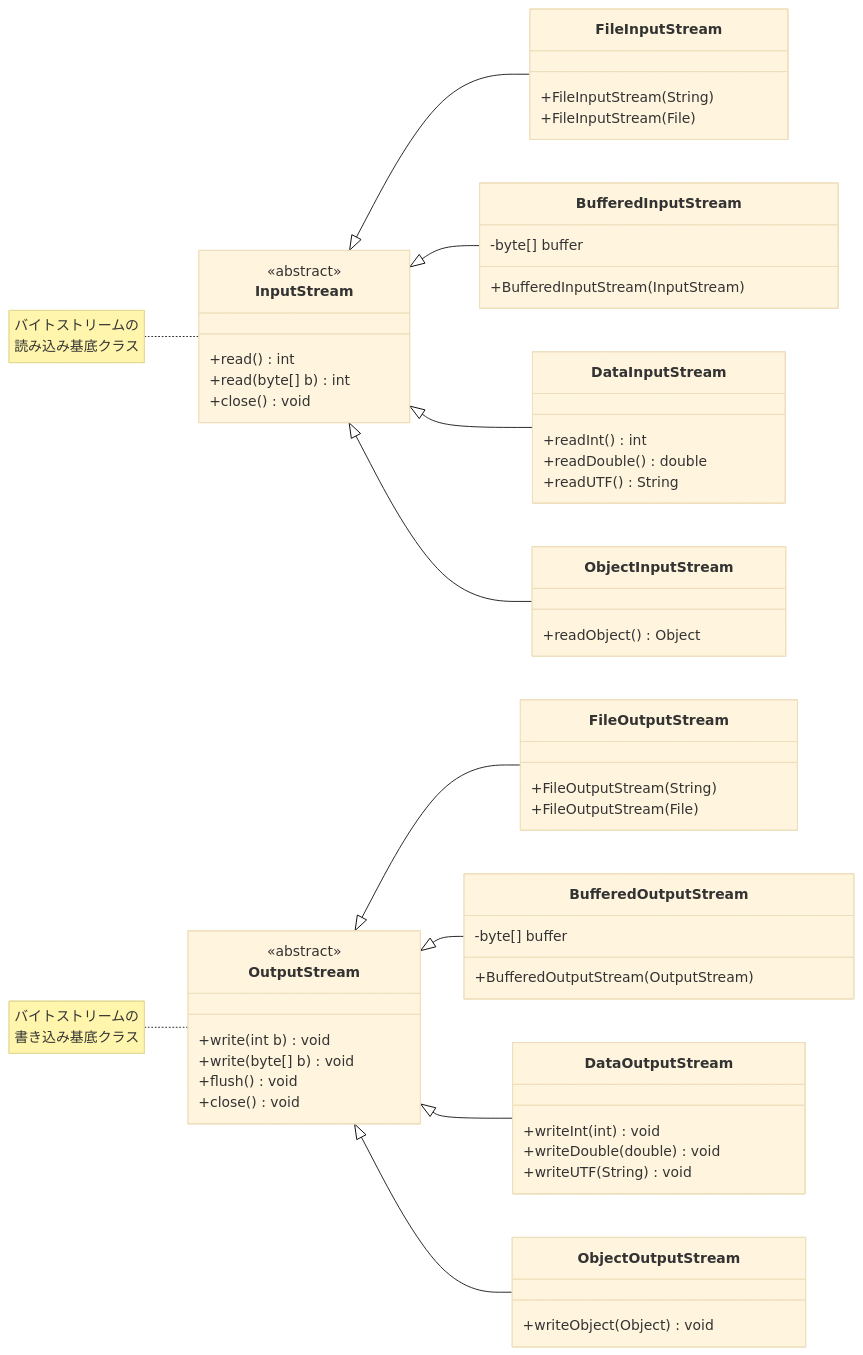
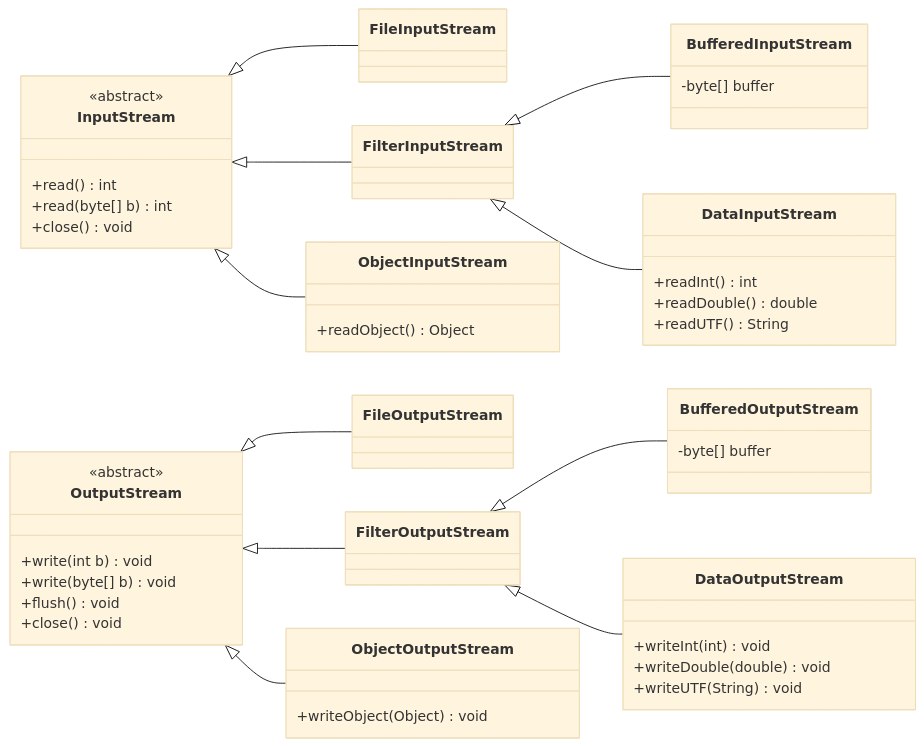
The diagram in docs/diagrams/chapter14-byte-stream-hierarchy.mmd (Nagatani/techbook-java-primer), drawn with Mermaid (base theme) before and after one commit. The commit also changed other lines of this file and 36 other files, not shown here.

First line of the commit message:
fix: 第9〜16章を校閲し、技術的な誤り・図の食い違い・表記を直す

```diff
--- a/docs/diagrams/chapter14-byte-stream-hierarchy.mmd
+++ b/docs/diagrams/chapter14-byte-stream-hierarchy.mmd
@@ -1,69 +1,64 @@
 classDiagram
     direction LR
     class InputStream {
         <<abstract>>
         +read() int
         +read(byte[] b) int
         +close() void
     }
     
-    class FileInputStream {
-        +FileInputStream(String)
-        +FileInputStream(File)
-    }
+    class FileInputStream
+    
+    class FilterInputStream
     
     class BufferedInputStream {
         -byte[] buffer
-        +BufferedInputStream(InputStream)
     }
     
     class DataInputStream {
         +readInt() int
         +readDouble() double
         +readUTF() String
     }
     
     class ObjectInputStream {
         +readObject() Object
     }
     
     class OutputStream {
         <<abstract>>
         +write(int b) void
         +write(byte[] b) void
         +flush() void
         +close() void
     }
     
-    class FileOutputStream {
-        +FileOutputStream(String)
-        +FileOutputStream(File)
-    }
+    class FileOutputStream
+    
+    class FilterOutputStream
     
     class BufferedOutputStream {
         -byte[] buffer
-        +BufferedOutputStream(OutputStream)
     }
     
     class DataOutputStream {
         +writeInt(int) void
         +writeDouble(double) void
         +writeUTF(String) void
     }
     
     class ObjectOutputStream {
         +writeObject(Object) void
     }
     
     InputStream <|-- FileInputStream
-    InputStream <|-- BufferedInputStream
-    InputStream <|-- DataInputStream
+    InputStream <|-- FilterInputStream
+    FilterInputStream <|-- BufferedInputStream
+    FilterInputStream <|-- DataInputStream
     InputStream <|-- ObjectInputStream
     
     OutputStream <|-- FileOutputStream
-    OutputStream <|-- BufferedOutputStream
-    OutputStream <|-- DataOutputStream
+    OutputStream <|-- FilterOutputStream
+    FilterOutputStream <|-- BufferedOutputStream
+    FilterOutputStream <|-- DataOutputStream
     OutputStream <|-- ObjectOutputStream
-    
-    note for InputStream "バイトストリームの<br/>読み込み基底クラス"
-    note for OutputStream "バイトストリームの<br/>書き込み基底クラス"
```
